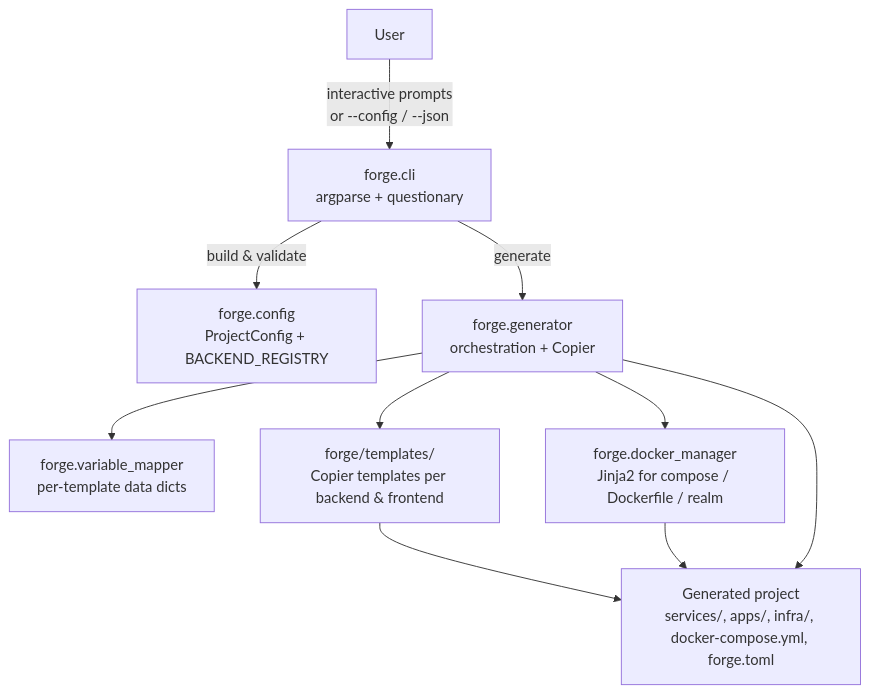
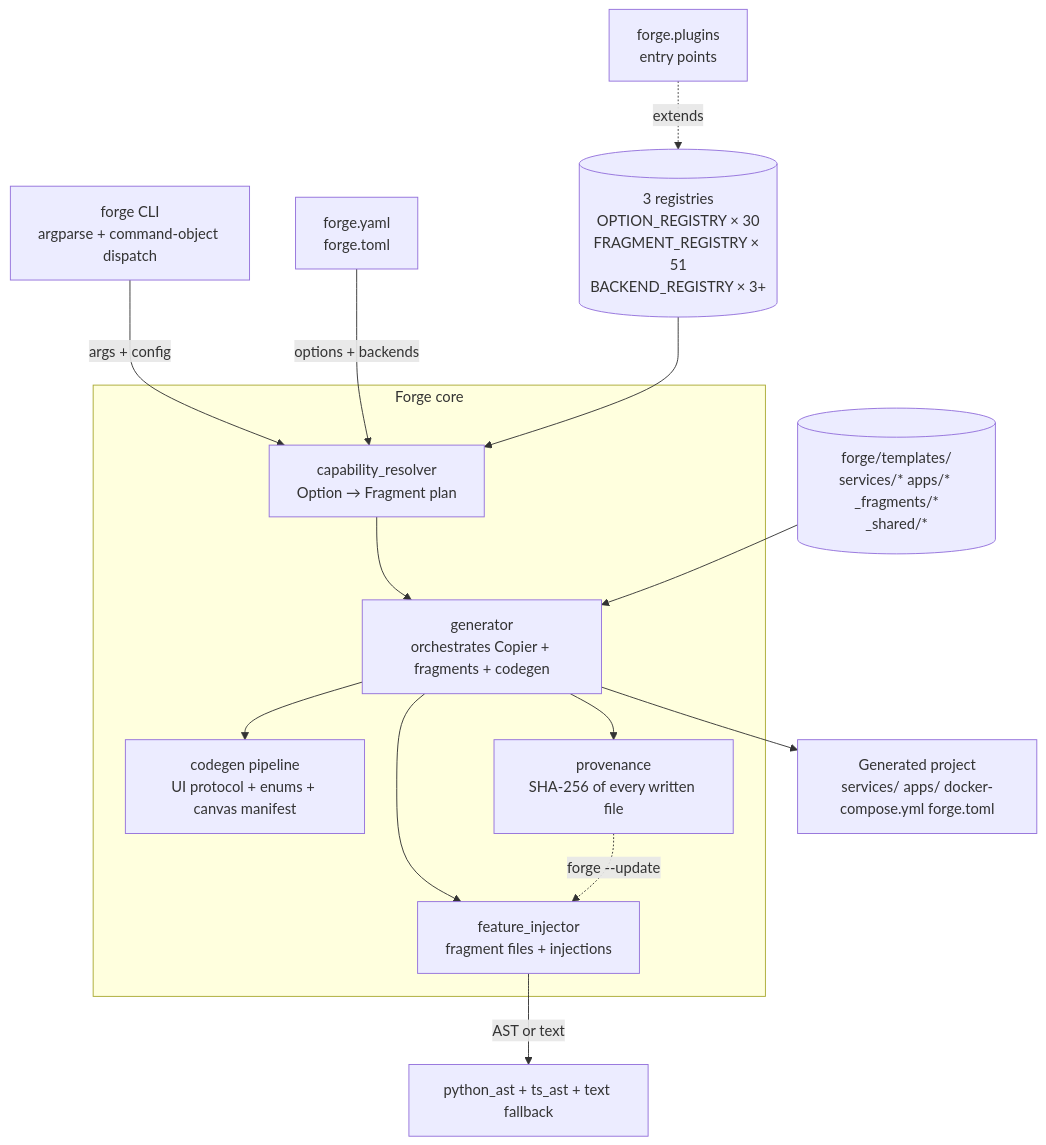
Before and after one commit to cchifor/forge: the first of 3 diagrams in docs/architecture.md, drawn with Mermaid. The commit also changed other lines of this file and 9 other files, not shown here.

First line of the commit message:
chore: 1.0.0b1 prep (feature freeze + CI + architecture docs)

````diff
--- a/docs/architecture.md
+++ b/docs/architecture.md
@@ -7,21 +7,28 @@
 ```mermaid
 flowchart TD
-    User[User]
-    CLI[forge.cli<br/>argparse + questionary]
-    Config[forge.config<br/>ProjectConfig + BACKEND_REGISTRY]
-    Generator[forge.generator<br/>orchestration + Copier]
-    Mapper[forge.variable_mapper<br/>per-template data dicts]
-    Docker[forge.docker_manager<br/>Jinja2 for compose / Dockerfile / realm]
-    Templates[forge/templates/<br/>Copier templates per backend & frontend]
-    Project[Generated project<br/>services/, apps/, infra/, docker-compose.yml, forge.toml]
+    CLI[forge CLI<br/>argparse + command-object dispatch] -->|args + config| Resolver
+    Config[forge.yaml<br/>forge.toml] -->|options + backends| Resolver
 
-    User -->|interactive prompts<br/>or --config / --json| CLI
-    CLI -->|build & validate| Config
-    CLI -->|generate| Generator
-    Generator --> Mapper
-    Generator --> Docker
-    Generator --> Templates
-    Templates --> Project
-    Docker --> Project
-    Generator --> Project
+    subgraph Core[Forge core]
+        Resolver[capability_resolver<br/>Option → Fragment plan]
+        Generator[generator<br/>orchestrates Copier + fragments + codegen]
+        Injector[feature_injector<br/>fragment files + injections]
+        Codegen[codegen pipeline<br/>UI protocol + enums + canvas manifest]
+        Provenance[provenance<br/>SHA-256 of every written file]
+    end
+
+    Registries[(3 registries<br/>OPTION_REGISTRY × 30<br/>FRAGMENT_REGISTRY × 51<br/>BACKEND_REGISTRY × 3+)] --> Resolver
+    Plugins[forge.plugins<br/>entry points] -.extends.-> Registries
+
+    Resolver --> Generator
+    Generator --> Injector
+    Generator --> Codegen
+    Generator --> Provenance
+
+    Templates[(forge/templates/<br/>services/* apps/* _fragments/*<br/>_shared/*)] --> Generator
+    Injector -->|AST or text| Injectors[python_ast + ts_ast + text fallback]
+
+    Generator --> Output[Generated project<br/>services/ apps/ docker-compose.yml forge.toml]
+
+    Provenance -.->|forge --update| Injector
 ```
````
